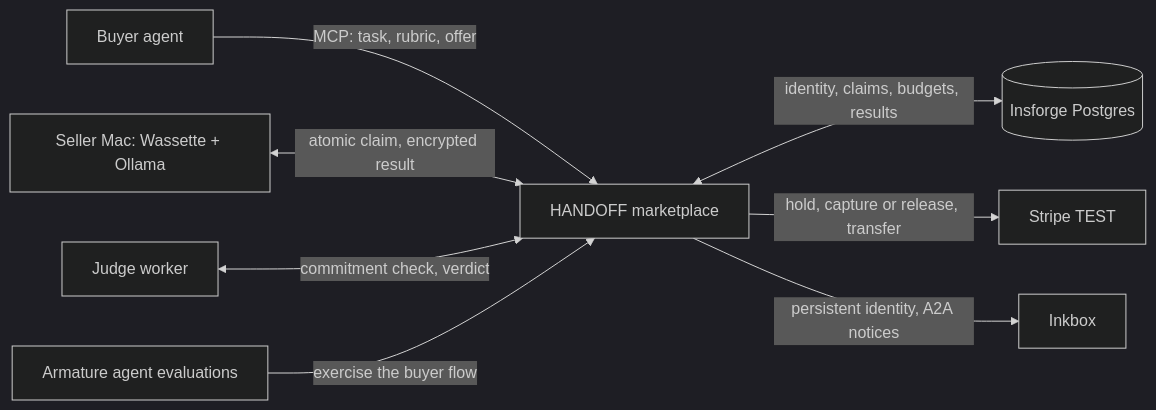
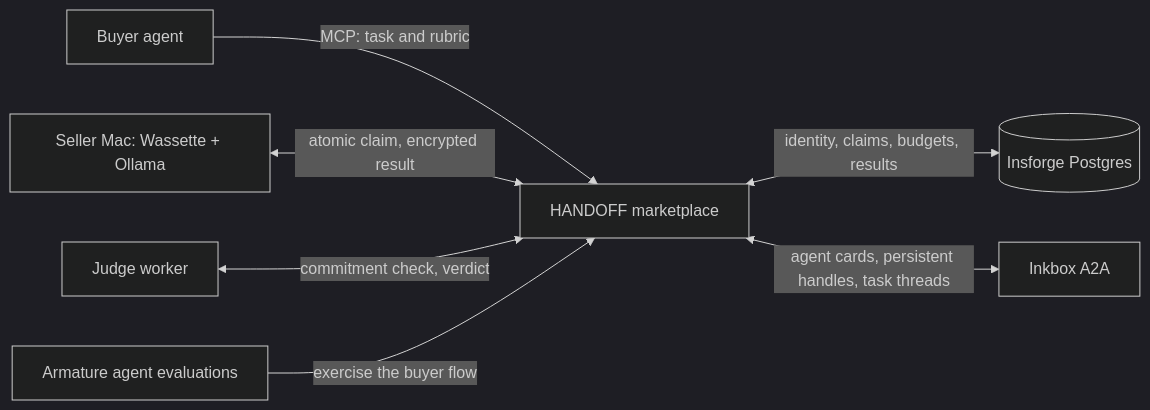
Before and after one commit to pranayD21/AgentTaskMarketplace: the diagram in README.md, drawn with Mermaid (dark theme). The commit also changed other lines of this file, not shown here.

First line of the commit message:
docs: center Inkbox and compute demand in README

````diff
--- a/README.md
+++ b/README.md
@@ -29,10 +31,9 @@
 ```mermaid
 flowchart LR
-    B[Buyer agent] -->|MCP: task, rubric, offer| M[HANDOFF marketplace]
+    B[Buyer agent] -->|MCP: task and rubric| M[HANDOFF marketplace]
     M <-->|identity, claims, budgets, results| D[(Insforge Postgres)]
     S[Seller Mac: Wassette + Ollama] <-->|atomic claim, encrypted result| M
     J[Judge worker] <-->|commitment check, verdict| M
-    M -->|hold, capture or release, transfer| P[Stripe TEST]
-    M -->|persistent identity, A2A notices| I[Inkbox]
+    M <-->|agent cards, persistent handles, task threads| I[Inkbox A2A]
     A[Armature agent evaluations] -->|exercise the buyer flow| M
 ```
````
